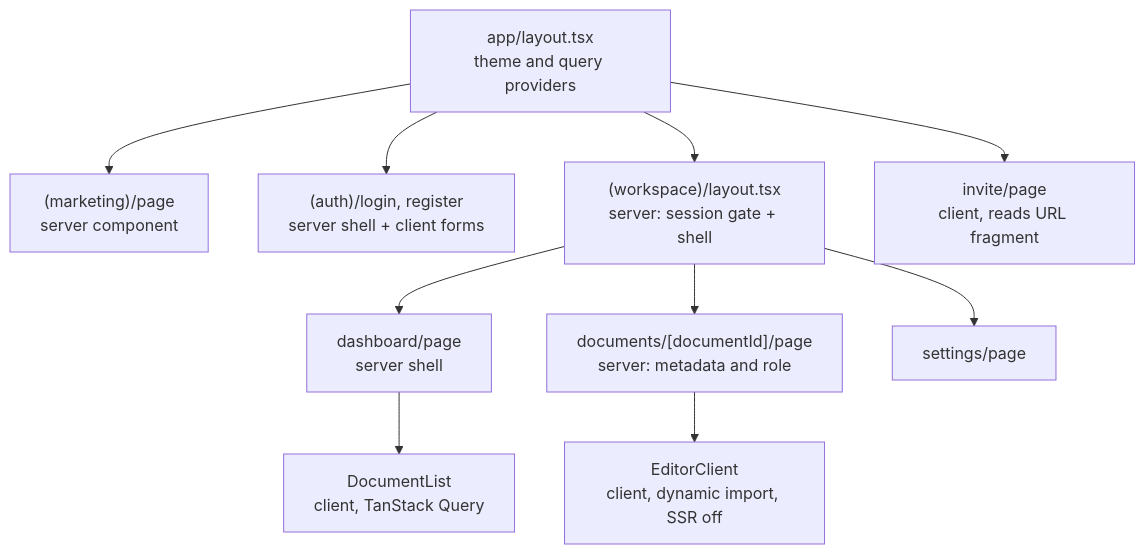
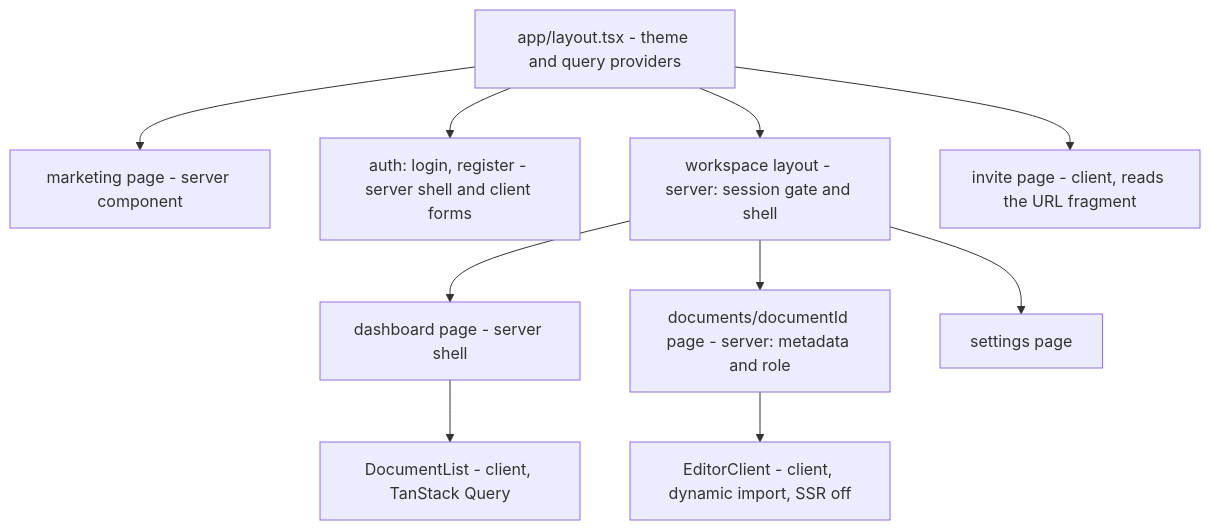
Diagram 12 of 18 in docs/architecture-lld.md (syncspace-app/syncspace), drawn with Mermaid before and after one commit. The commit also changed other lines of this file and 2 other files, not shown here.

````diff
--- a/docs/architecture-lld.md
+++ b/docs/architecture-lld.md
@@ -589,21 +707,13 @@
 ```mermaid
-flowchart TD
-  ROOT["app/layout.tsx<br/>theme and query providers"]
-  MKT["(marketing)/page<br/>server component"]
-  AUTHG["(auth)/login, register<br/>server shell + client forms"]
-  WSL["(workspace)/layout.tsx<br/>server: session gate + shell"]
-  DASH["dashboard/page<br/>server shell"]
-  LIST["DocumentList<br/>client, TanStack Query"]
-  DOCP["documents/[documentId]/page<br/>server: metadata and role"]
-  EDC["EditorClient<br/>client, dynamic import, SSR off"]
-  INV["invite/page<br/>client, reads URL fragment"]
-  SET["settings/page"]
-
-  ROOT --> MKT
-  ROOT --> AUTHG
-  ROOT --> INV
-  ROOT --> WSL
-  WSL --> DASH --> LIST
-  WSL --> DOCP --> EDC
-  WSL --> SET
+flowchart TB
+  L[app/layout.tsx - theme and query providers]
+  L --> M[marketing page - server component]
+  L --> AU[auth: login, register - server shell and client forms]
+  L --> W[workspace layout - server: session gate and shell]
+  L --> INV[invite page - client, reads the URL fragment]
+  W --> DASH[dashboard page - server shell]
+  DASH --> DL[DocumentList - client, TanStack Query]
+  W --> DOCP[documents/documentId page - server: metadata and role]
+  DOCP --> EC[EditorClient - client, dynamic import, SSR off]
+  W --> SET[settings page]
 ```
````
